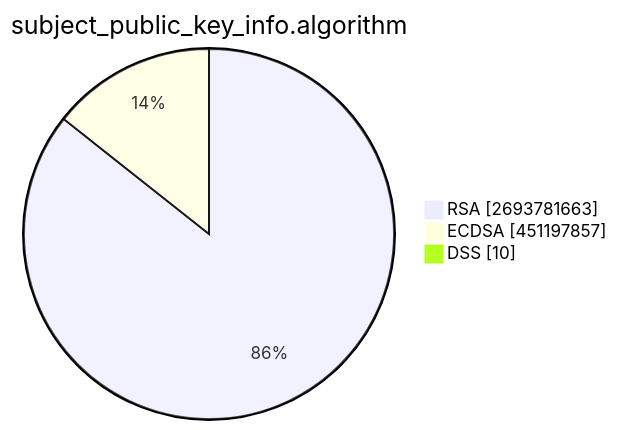
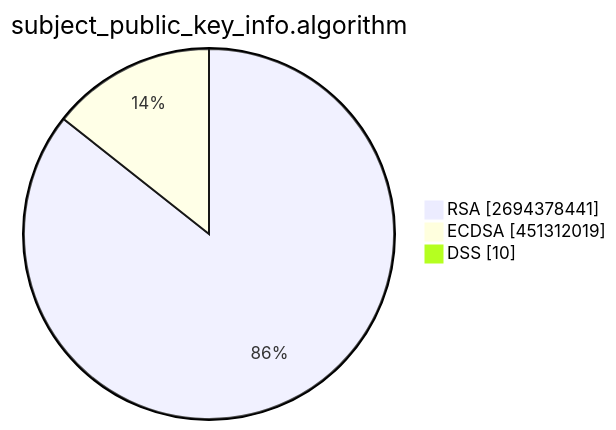
The second of 15 diagrams in TOTAL/README.md (christiankrug/ctmonitor_visualization), drawn with Mermaid before and after one commit. The commit also changed other lines of this file, not shown here.

````diff
--- a/TOTAL/README.md
+++ b/TOTAL/README.md
@@ -6,7 +6,7 @@
 ```mermaid
 pie showData
 title subject_public_key_info.algorithm
-"RSA" :2693781663
-"ECDSA" :451197857
+"RSA" :2694378441
+"ECDSA" :451312019
 "DSS" :10
 ```
````
